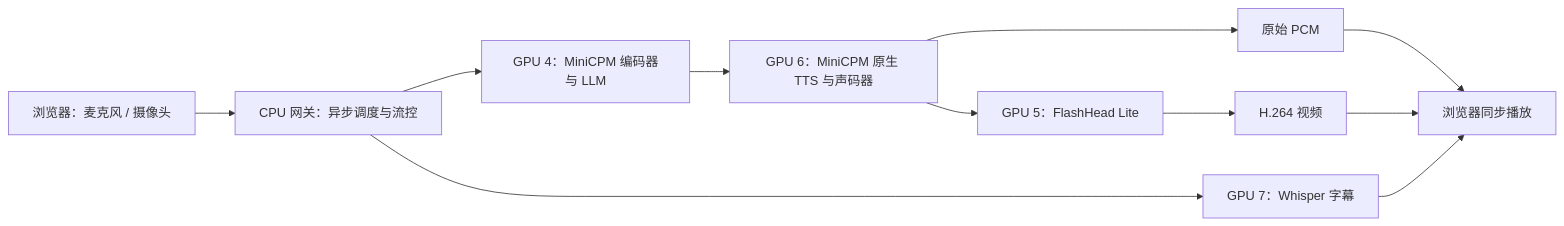
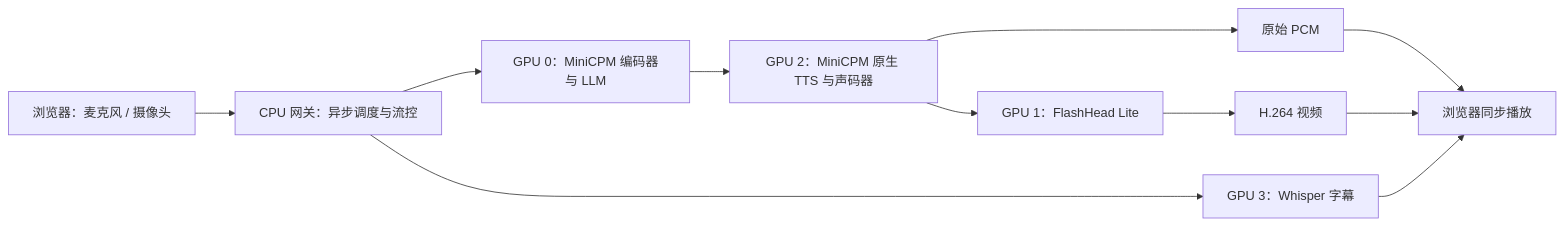
One commit to zzzweakman/DuplexAvatar changed the diagram in README.md. Above: the diagram before and after it, drawn with Mermaid. The commit also changed other lines of this file and 8 other files, not shown here.

Commit message:
Default to GPUs 0-3 and correct demo links and architecture diagram

````diff
--- a/README.md
+++ b/README.md
@@ -32,13 +32,13 @@
 ```mermaid
 flowchart LR
     Browser[浏览器：麦克风 / 摄像头] --> Gateway[CPU 网关：异步调度与流控]
-    Gateway --> Brain[GPU 4：MiniCPM 编码器与 LLM]
-    Brain --> Voice[GPU 6：MiniCPM 原生 TTS 与声码器]
-    Voice --> Avatar[GPU 5：FlashHead Lite]
+    Gateway --> Brain[GPU 0：MiniCPM 编码器与 LLM]
+    Brain --> Voice[GPU 2：MiniCPM 原生 TTS 与声码器]
+    Voice --> Avatar[GPU 1：FlashHead Lite]
     Voice --> PCM[原始 PCM]
     Avatar --> Video[H.264 视频]
-    Gateway --> ASR[GPU 7：Whisper 字幕]
+    Gateway --> ASR[GPU 3：Whisper 字幕]
     PCM --> Player[浏览器同步播放]
     Video --> Player
     ASR --> Player
 ```
````
